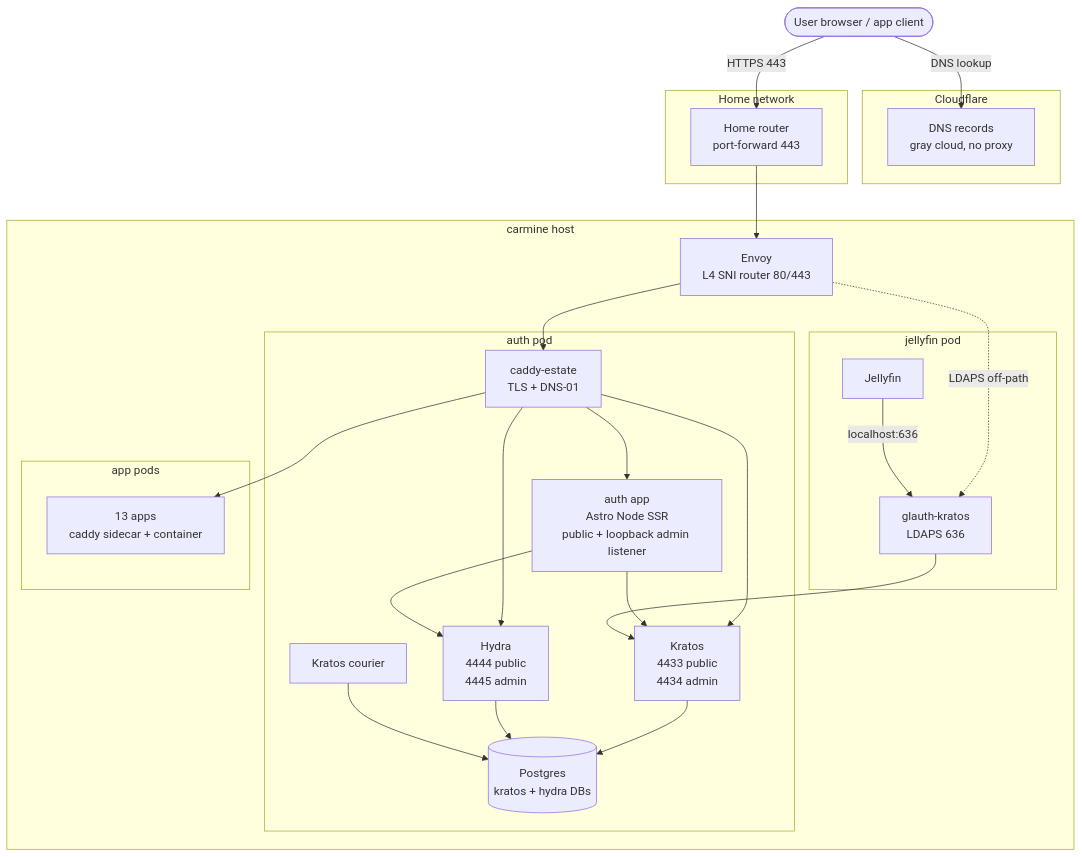
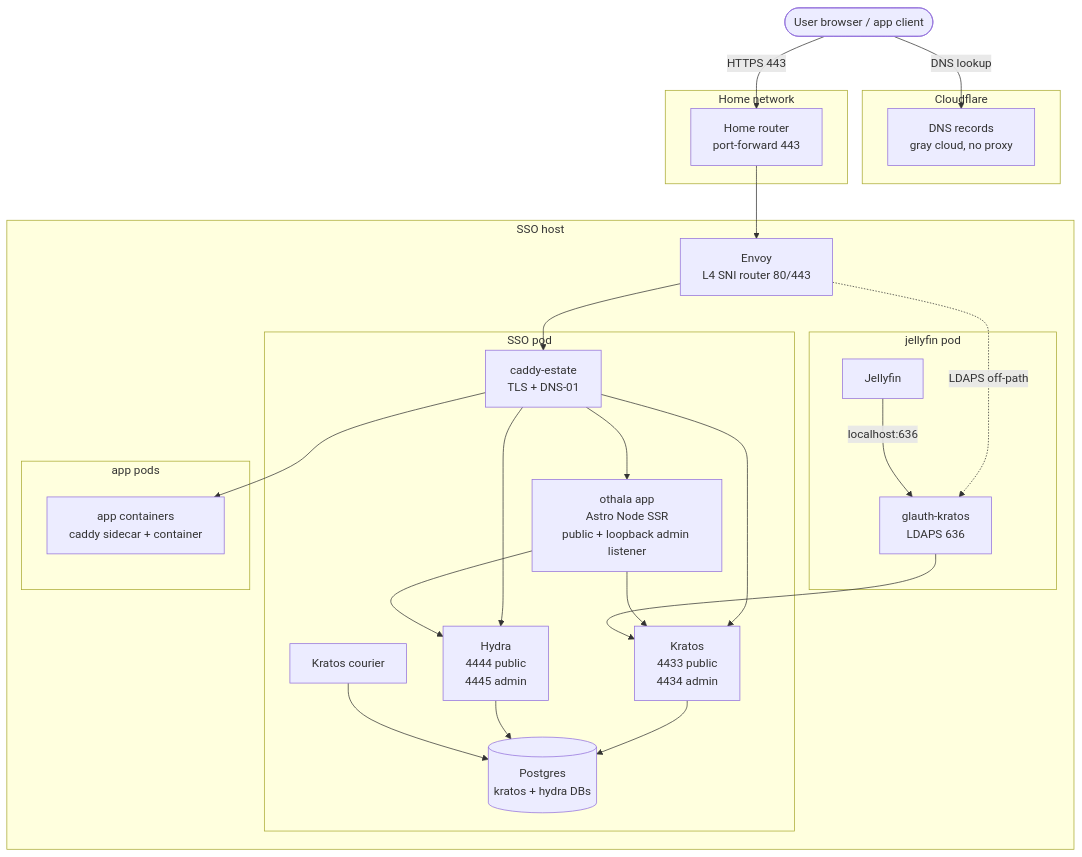
Before and after one commit to andrewdunndev/othala: the diagram in README.md, drawn with Mermaid. The commit also changed other lines of this file and 4 other files, not shown here.

First line of the commit message:
docs(othala): rewrite for the converged Othala/dag architecture (Wave D)

````diff
--- a/README.md
+++ b/README.md
@@ -45,51 +53,51 @@
 ```mermaid
 flowchart TB
   user([User browser / app client])
 
   subgraph CF[Cloudflare]
     dns[DNS records<br/>gray cloud, no proxy]
   end
 
   subgraph Home[Home network]
     router[Home router<br/>port-forward 443]
   end
 
-  subgraph Carmine[carmine host]
+  subgraph Host[SSO host]
     envoy[Envoy<br/>L4 SNI router 80/443]
 
-    subgraph AuthPod[auth pod]
+    subgraph SsoPod[SSO pod]
       caddy[caddy-estate<br/>TLS + DNS-01]
       kratos[Kratos<br/>4433 public<br/>4434 admin]
       hydra[Hydra<br/>4444 public<br/>4445 admin]
-      auth[auth app<br/>Astro Node SSR<br/>public + loopback admin listener]
+      othala[othala app<br/>Astro Node SSR<br/>public + loopback admin listener]
       courier[Kratos courier]
       pg[(Postgres<br/>kratos + hydra DBs)]
     end
 
     subgraph JellyfinPod[jellyfin pod]
       bridge[glauth-kratos<br/>LDAPS 636]
       jellyfin[Jellyfin]
     end
 
     subgraph AppPods[app pods]
-      apps[13 apps<br/>caddy sidecar + container]
+      apps[app containers<br/>caddy sidecar + container]
     end
   end
 
   user -->|DNS lookup| dns
   user -->|HTTPS 443| router
   router --> envoy
   envoy --> caddy
   envoy -.LDAPS off-path.-> bridge
   caddy --> kratos
   caddy --> hydra
-  caddy --> auth
+  caddy --> othala
   caddy --> apps
-  auth --> kratos
-  auth --> hydra
+  othala --> kratos
+  othala --> hydra
   kratos --> pg
   hydra --> pg
   courier --> pg
   bridge --> kratos
   jellyfin -->|localhost:636| bridge
 ```
````
